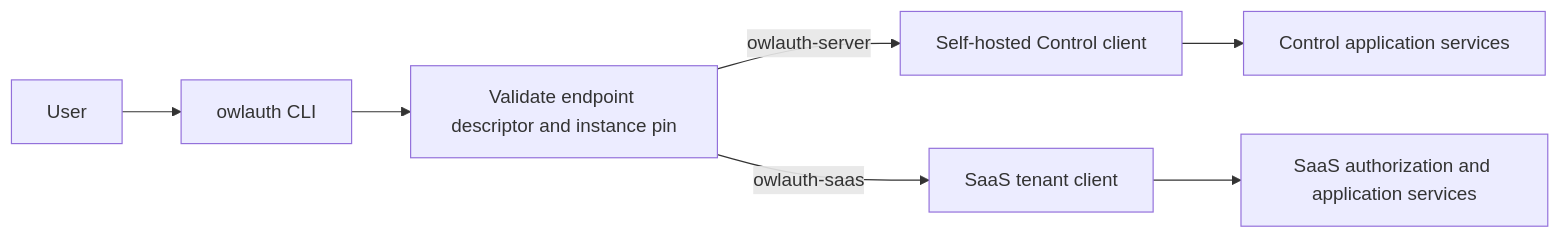
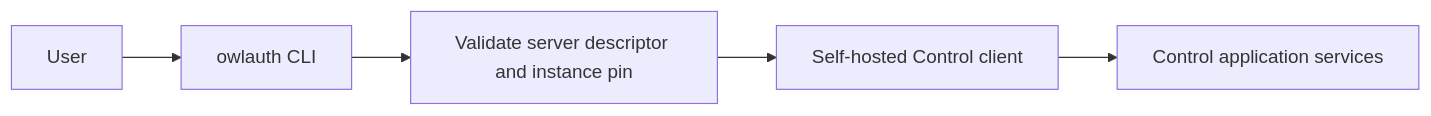
Before and after one commit to owlfoundry/owlauth: the first of 2 diagrams in docs/guide/agent-integrations.md, drawn with Mermaid. The commit also changed other lines of this file and 58 other files, not shown here.

Commit message:
refactor(cli+docs+repo): remove SaaS mode and formalize Beta scope

````diff
--- a/docs/guide/agent-integrations.md
+++ b/docs/guide/agent-integrations.md
@@ -50,9 +50,7 @@
 ```mermaid
 flowchart LR
     User --> CLI[owlauth CLI]
-    CLI --> Descriptor[Validate endpoint descriptor and instance pin]
-    Descriptor -->|owlauth-server| Control[Self-hosted Control client]
-    Descriptor -->|owlauth-saas| SaaS[SaaS tenant client]
+    CLI --> Descriptor[Validate server descriptor and instance pin]
+    Descriptor --> Control[Self-hosted Control client]
     Control --> Server[Control application services]
-    SaaS --> SaaSApp[SaaS authorization and application services]
 ```
````
